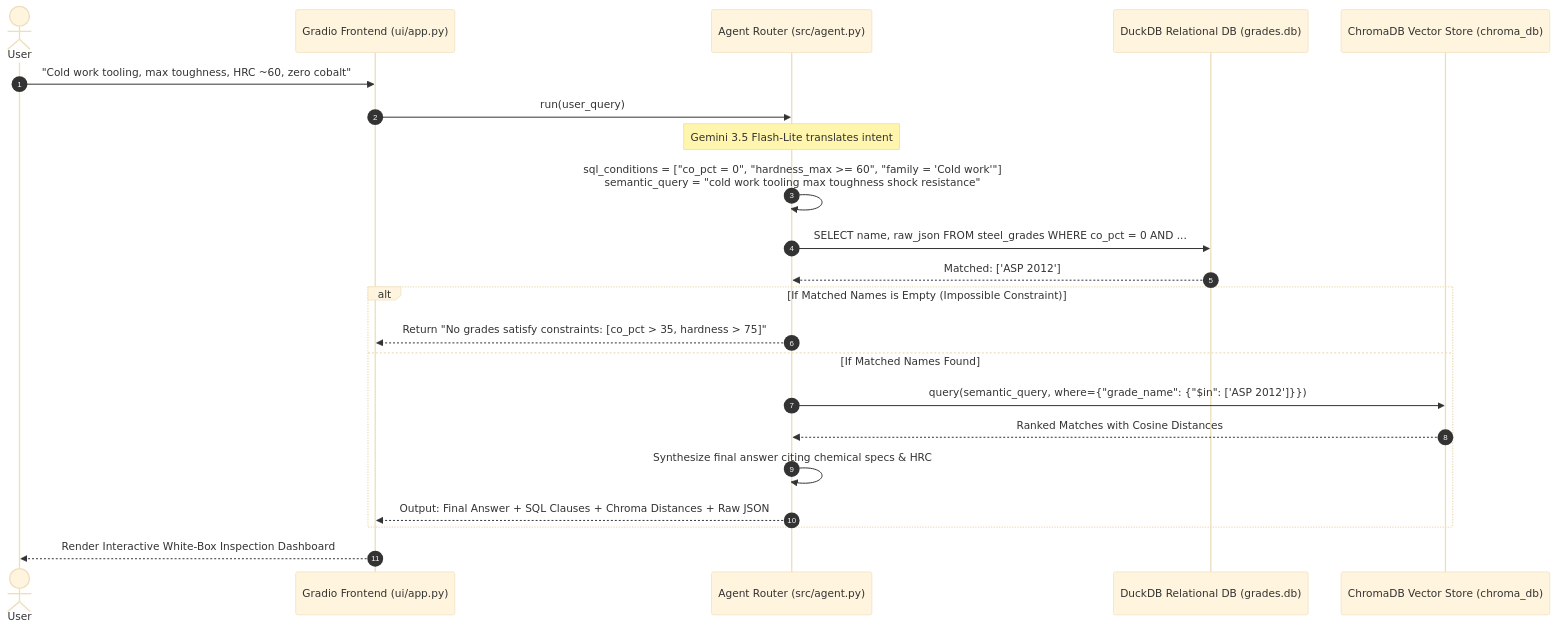
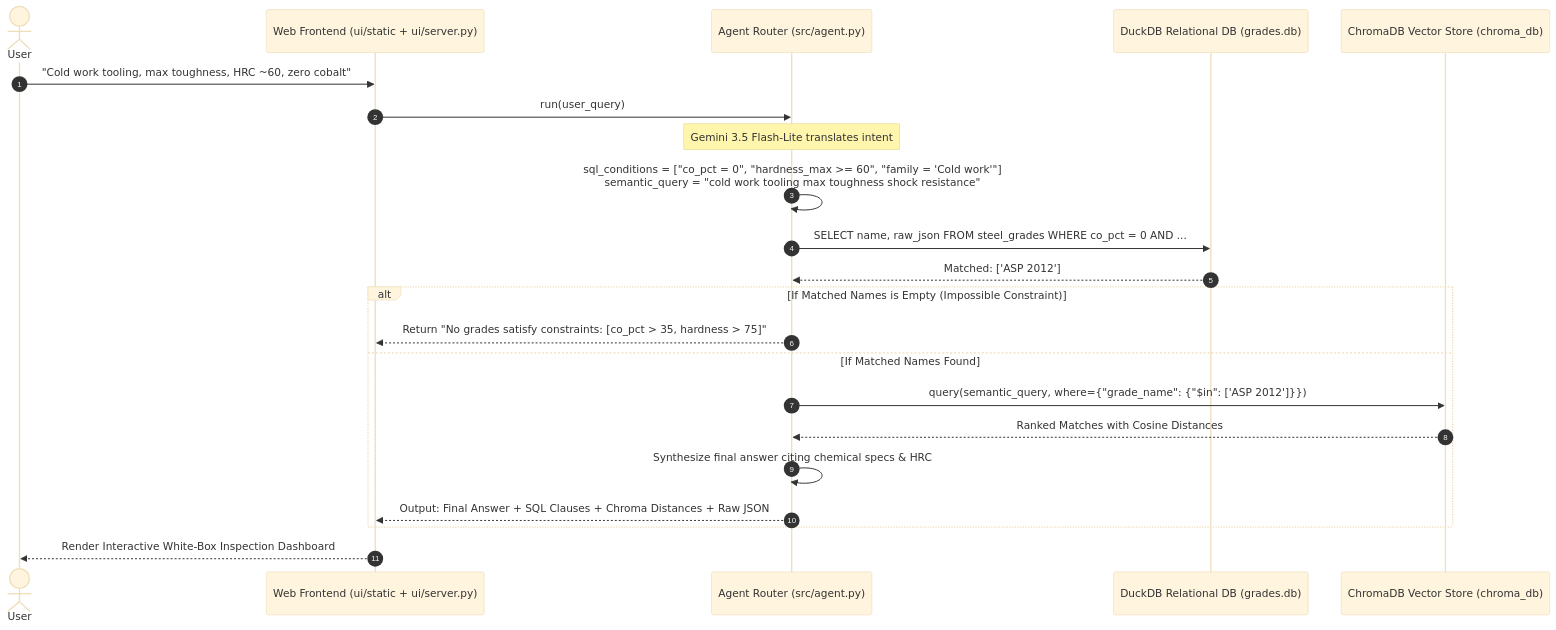
The diagram in README.md (Youssefamenallah23/Grade-Advisor), drawn with Mermaid (base theme) before and after one commit. The commit also changed other lines of this file and 7 other files, not shown here.

First line of the commit message:
feat(ui): replace Gradio dashboard with custom FastAPI + industrial datasheet frontend

````diff
--- a/README.md
+++ b/README.md
@@ -164,27 +170,27 @@
 ```mermaid
 sequenceDiagram
     autonumber
     actor User
-    participant UI as Gradio Frontend (ui/app.py)
+    participant UI as Web Frontend (ui/static + ui/server.py)
     participant Agent as Agent Router (src/agent.py)
     participant DuckDB as DuckDB Relational DB (grades.db)
     participant Chroma as ChromaDB Vector Store (chroma_db)
 
     User->>UI: "Cold work tooling, max toughness, HRC ~60, zero cobalt"
     UI->>Agent: run(user_query)
     Note over Agent: Gemini 3.5 Flash-Lite translates intent
     Agent->>Agent: sql_conditions = ["co_pct = 0", "hardness_max >= 60", "family = 'Cold work'"]<br/>semantic_query = "cold work tooling max toughness shock resistance"
     
     Agent->>DuckDB: SELECT name, raw_json FROM steel_grades WHERE co_pct = 0 AND ...
     DuckDB-->>Agent: Matched: ['ASP 2012']
     
     alt If Matched Names is Empty (Impossible Constraint)
         Agent-->>UI: Return "No grades satisfy constraints: [co_pct > 35, hardness > 75]"
     else If Matched Names Found
         Agent->>Chroma: query(semantic_query, where={"grade_name": {"$in": ['ASP 2012']}})
         Chroma-->>Agent: Ranked Matches with Cosine Distances
         Agent->>Agent: Synthesize final answer citing chemical specs & HRC
         Agent-->>UI: Output: Final Answer + SQL Clauses + Chroma Distances + Raw JSON
     end
     UI-->>User: Render Interactive White-Box Inspection Dashboard
 ```
````
